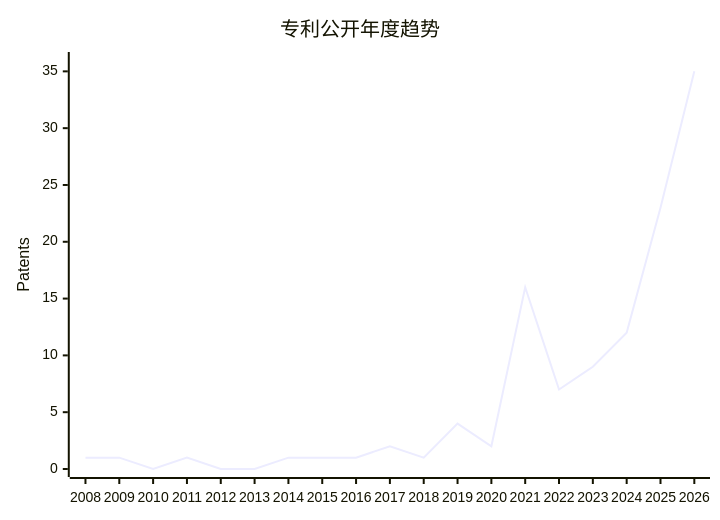
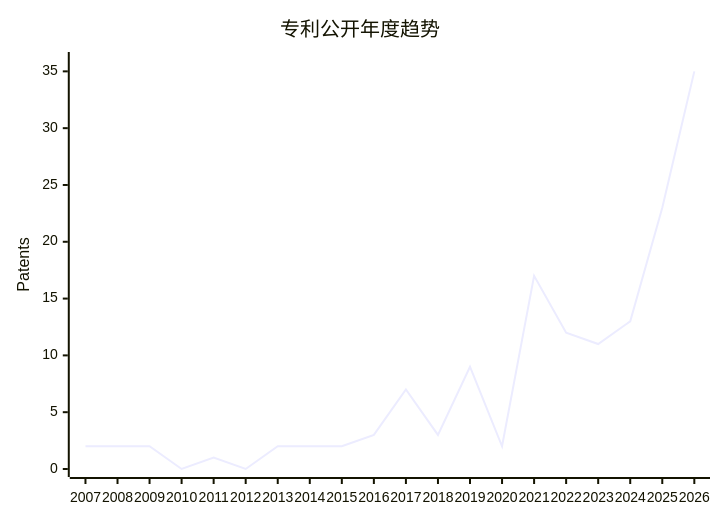
The second of 3 diagrams in README.md (LinuxSuRen/awesome-patent), drawn with Mermaid before and after one commit. The commit also changed other lines of this file and 31 other files, not shown here.

````diff
--- a/README.md
+++ b/README.md
@@ -182,7 +213,7 @@
 ```mermaid
 xychart-beta
     title "专利公开年度趋势"
-    x-axis [2008, 2009, 2010, 2011, 2012, 2013, 2014, 2015, 2016, 2017, 2018, 2019, 2020, 2021, 2022, 2023, 2024, 2025, 2026]
+    x-axis [2007, 2008, 2009, 2010, 2011, 2012, 2013, 2014, 2015, 2016, 2017, 2018, 2019, 2020, 2021, 2022, 2023, 2024, 2025, 2026]
     y-axis "Patents" 0 --> 36
-    line [1, 1, 0, 1, 0, 0, 1, 1, 1, 2, 1, 4, 2, 16, 7, 9, 12, 23, 35]
+    line [2, 2, 2, 0, 1, 0, 2, 2, 2, 3, 7, 3, 9, 2, 17, 12, 11, 13, 23, 35]
 ```
````
